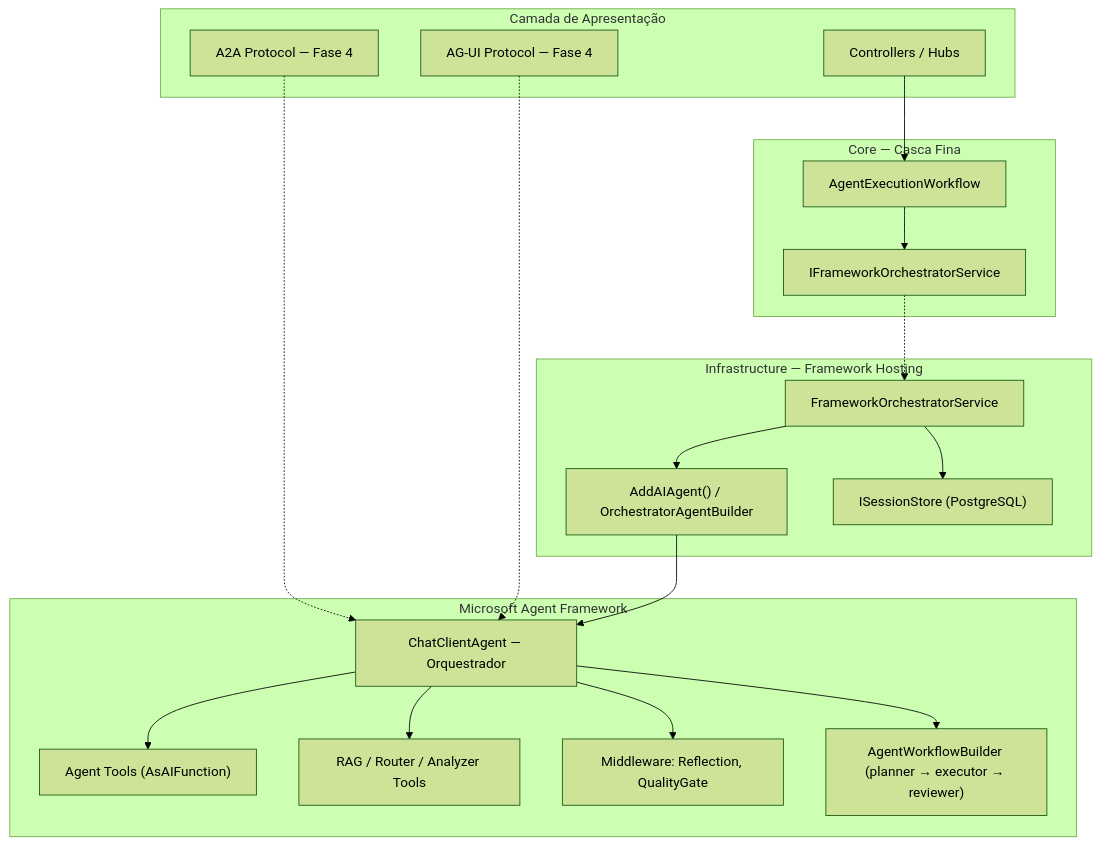
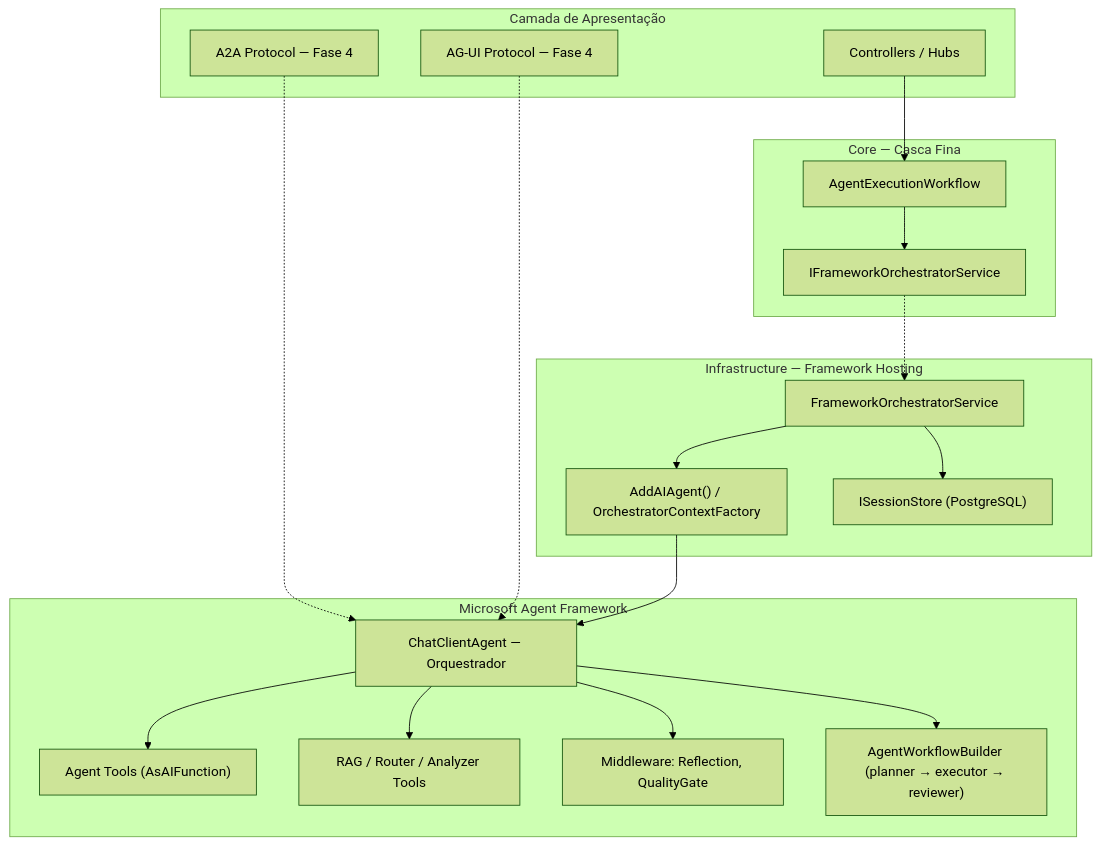
One commit to JonathanBenicio/Agent-System changed the diagram in docs/architecture/framework-first-migration-plan.md. Above: the diagram before and after it, drawn with Mermaid (forest theme). The commit also changed other lines of this file and 82 other files, not shown here.

````diff
--- a/docs/architecture/framework-first-migration-plan.md
+++ b/docs/architecture/framework-first-migration-plan.md
@@ -187,40 +190,40 @@
 ```mermaid
 graph TB
     subgraph "Camada de Apresentação"
         API[Controllers / Hubs]
         A2A[A2A Protocol — Fase 4]
         AGUI[AG-UI Protocol — Fase 4]
     end
 
     subgraph "Core — Casca Fina"
         WF[AgentExecutionWorkflow]
         IOrch[IFrameworkOrchestratorService]
     end
 
     subgraph "Infrastructure — Framework Hosting"
         Orch[FrameworkOrchestratorService]
-        Builder["AddAIAgent() / OrchestratorAgentBuilder"]
+        Builder["AddAIAgent() / OrchestratorContextFactory"]
         SessStore["ISessionStore (PostgreSQL)"]
     end
 
     subgraph "Microsoft Agent Framework"
         OrcAgent[ChatClientAgent — Orquestrador]
         SpecTools["Agent Tools (AsAIFunction)"]
         AuxTools["RAG / Router / Analyzer Tools"]
         Middleware["Middleware: Reflection, QualityGate"]
         Wkf["AgentWorkflowBuilder (planner → executor → reviewer)"]
     end
 
     API --> WF
     A2A -.-> OrcAgent
     AGUI -.-> OrcAgent
     WF --> IOrch
     IOrch -.-> Orch
     Orch --> Builder
     Orch --> SessStore
     Builder --> OrcAgent
     OrcAgent --> SpecTools
     OrcAgent --> AuxTools
     OrcAgent --> Middleware
     OrcAgent --> Wkf
 ```
````
